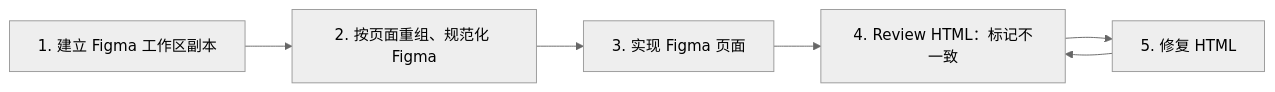
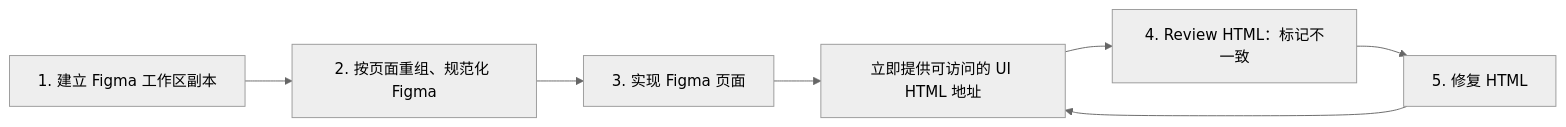
The second of 3 diagrams in templates/workspace/README.md (bigsmartben/pre-sdd), drawn with Mermaid (neutral theme) before and after one commit. The commit also changed other lines of this file and 34 other files, not shown here.

````diff
--- a/templates/workspace/README.md
+++ b/templates/workspace/README.md
@@ -135,8 +135,9 @@
 ```mermaid
 flowchart LR
     A["1. 建立 Figma 工作区副本"] --> B["2. 按页面重组、规范化 Figma"]
     B --> C["3. 实现 Figma 页面"]
-    C --> D["4. Review HTML：标记不一致"]
+    C --> U["立即提供可访问的 UI HTML 地址"]
+    U --> D["4. Review HTML：标记不一致"]
     D --> E["5. 修复 HTML"]
-    E --> D
+    E --> U
 ```
````
